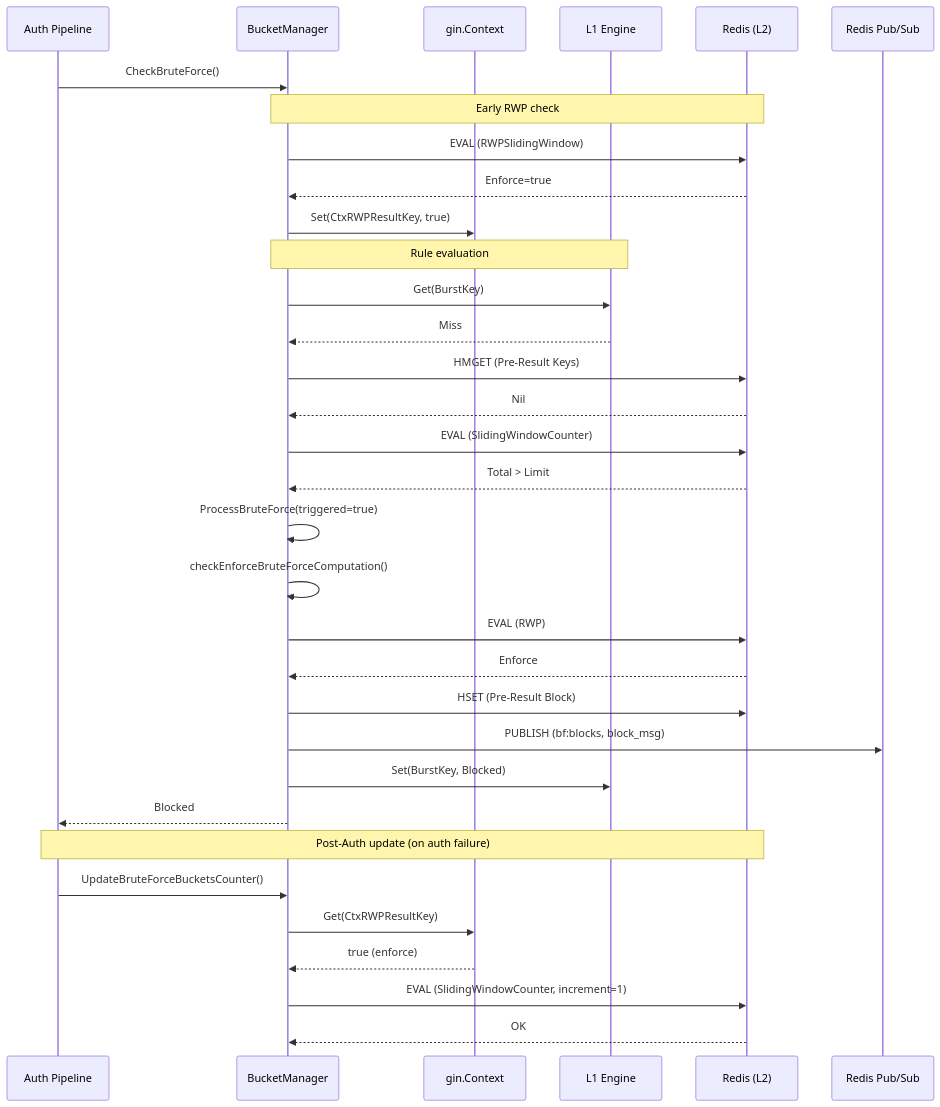
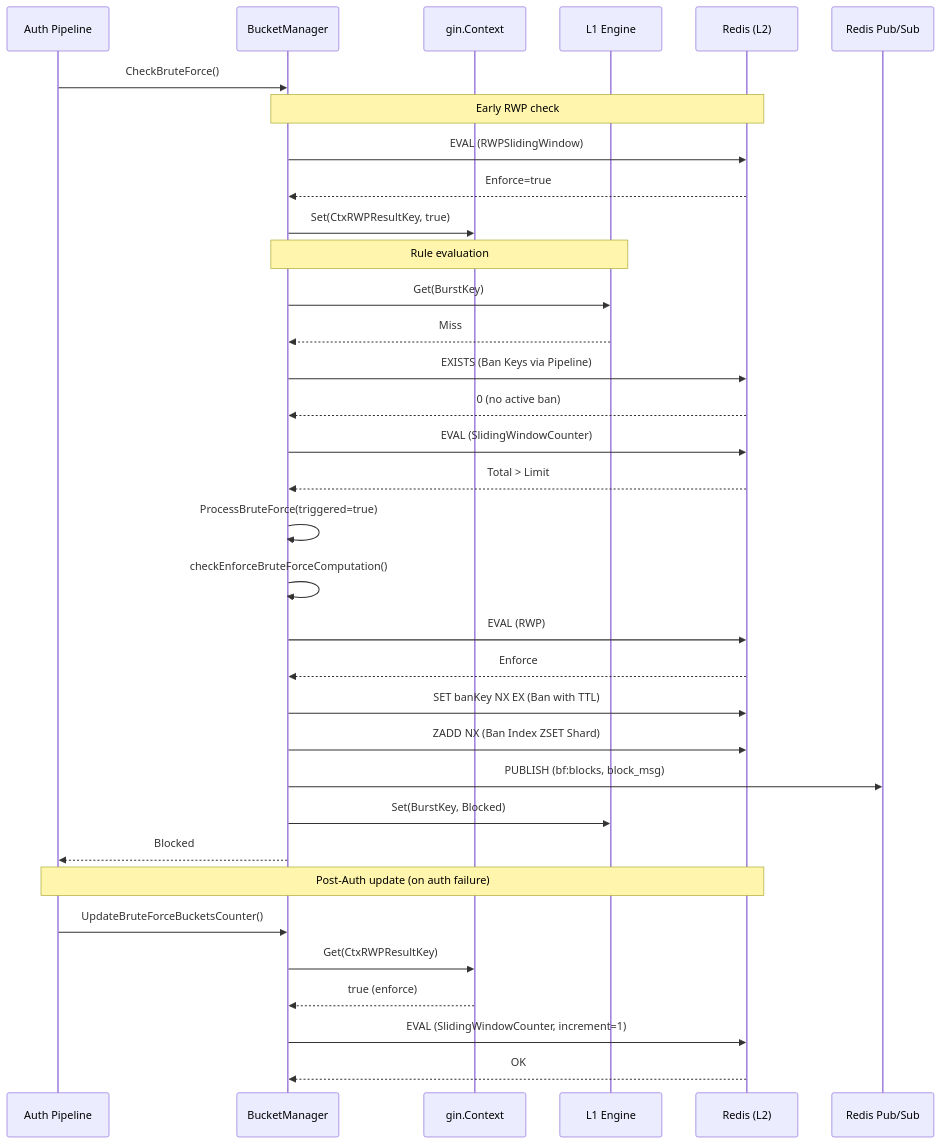
The third of 3 diagrams in server/docs/bruteforce_protection.md (croessner/nauthilus), drawn with Mermaid before and after one commit. The commit also changed other lines of this file and 14 other files, not shown here.

First line of the commit message:
Feat: Add Redis-based brute force ban key management with sharded index

````diff
--- a/server/docs/bruteforce_protection.md
+++ b/server/docs/bruteforce_protection.md
@@ -180,36 +180,37 @@
 ```mermaid
 sequenceDiagram
     participant C as Auth Pipeline
     participant BM as BucketManager
     participant Ctx as gin.Context
     participant L1 as L1 Engine
     participant R as Redis (L2)
     participant PS as Redis Pub/Sub
 
     C->>BM: CheckBruteForce()
     Note over BM, R: Early RWP check
     BM ->> R: EVAL (RWPSlidingWindow)
     R -->> BM: Enforce=true
     BM ->> Ctx: Set(CtxRWPResultKey, true)
     Note over BM, L1: Rule evaluation
     BM->>L1: Get(BurstKey)
     L1-->>BM: Miss
-    BM->>R: HMGET (Pre-Result Keys)
-    R-->>BM: Nil
+    BM ->> R: EXISTS (Ban Keys via Pipeline)
+    R -->> BM: 0 (no active ban)
     BM->>R: EVAL (SlidingWindowCounter)
     R-->>BM: Total > Limit
     BM->>BM: ProcessBruteForce(triggered=true)
     BM->>BM: checkEnforceBruteForceComputation()
     BM ->> R: EVAL (RWP)
     R-->>BM: Enforce
-    BM->>R: HSET (Pre-Result Block)
+    BM ->> R: SET banKey NX EX (Ban with TTL)
+    BM ->> R: ZADD NX (Ban Index ZSET Shard)
     BM->>PS: PUBLISH (bf:blocks, block_msg)
     BM->>L1: Set(BurstKey, Blocked)
     BM-->>C: Blocked
     Note over C, R: Post-Auth update (on auth failure)
     C ->> BM: UpdateBruteForceBucketsCounter()
     BM ->> Ctx: Get(CtxRWPResultKey)
     Ctx -->> BM: true (enforce)
     BM ->> R: EVAL (SlidingWindowCounter, increment=1)
     R -->> BM: OK
 ```
````
